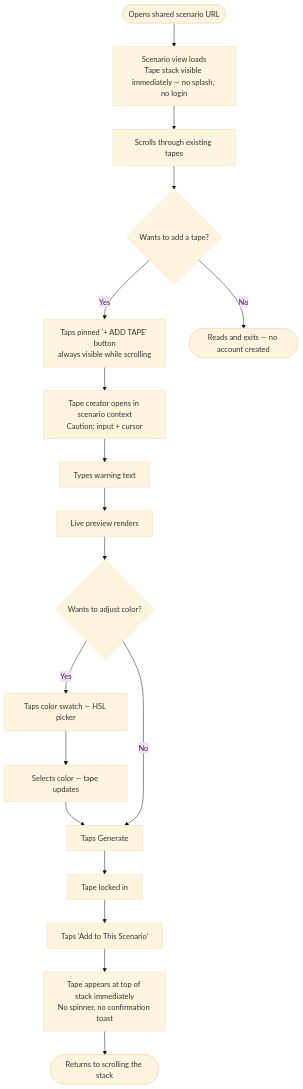
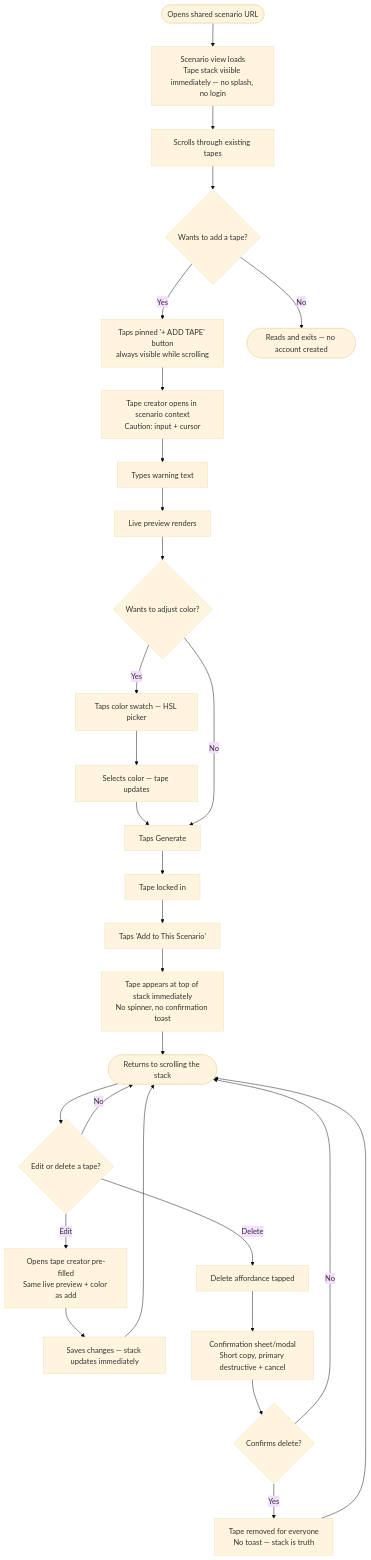
Before and after one commit to melissacikara/caution-tape-generator: the second of 3 diagrams in _bmad-output/planning-artifacts/ux-design-specification.md, drawn with Mermaid (base theme). The commit also changed other lines of this file and 53 other files, not shown here.

````diff
--- a/_bmad-output/planning-artifacts/ux-design-specification.md
+++ b/_bmad-output/planning-artifacts/ux-design-specification.md
@@ -285,20 +298,31 @@
 ```mermaid
 flowchart TD
     A([Opens shared scenario URL]) --> B[Scenario view loads\nTape stack visible immediately — no splash, no login]
     B --> C[Scrolls through existing tapes]
     C --> D{Wants to add a tape?}
     D -- Yes --> E[Taps pinned '+ ADD TAPE' button\nalways visible while scrolling]
     E --> F[Tape creator opens in scenario context\nCaution: input + cursor]
     F --> G[Types warning text]
     G --> H[Live preview renders]
     H --> I{Wants to adjust color?}
     I -- Yes --> J[Taps color swatch — HSL picker]
     J --> K[Selects color — tape updates]
     K --> L[Taps Generate]
     I -- No --> L
     L --> M[Tape locked in]
     M --> N[Taps 'Add to This Scenario']
     N --> O[Tape appears at top of stack immediately\nNo spinner, no confirmation toast]
     O --> P([Returns to scrolling the stack])
     D -- No --> Q([Reads and exits — no account created])
+    P --> R{Edit or delete a tape?}
+    R -- No --> P
+    R -- Edit --> S[Opens tape creator pre-filled\nSame live preview + color as add]
+    S --> T[Saves changes — stack updates immediately]
+    R -- Delete --> U[Delete affordance tapped]
+    U --> V[Confirmation sheet/modal\nShort copy, primary destructive + cancel]
+    V --> W{Confirms delete?}
+    W -- Yes --> X[Tape removed for everyone\nNo toast — stack is truth]
+    W -- No --> P
+    T --> P
+    X --> P
 ```
````
